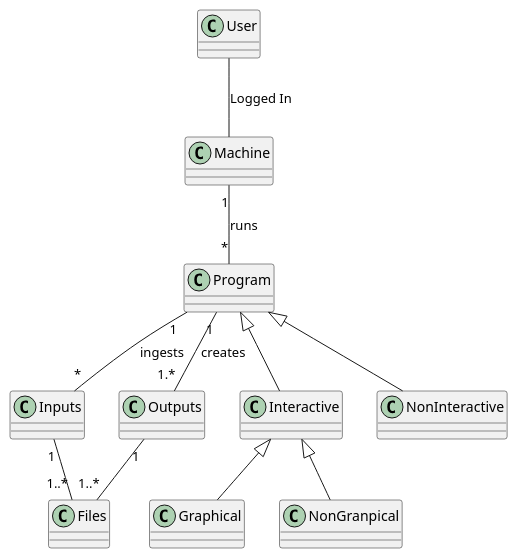
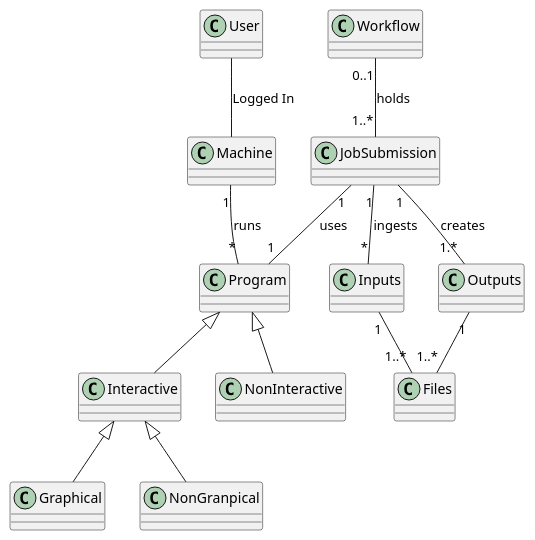
One commit to dimpdash/filepipe changed the diagram in diagrams/domaim model.puml. Above: the diagram before and after it, drawn with PlantUML. The commit also changed 21 other files, not shown here.

```diff
--- a/diagrams/domaim model.puml
+++ b/diagrams/domaim model.puml
@@ -1,30 +1,35 @@
 @startuml
 
 class Inputs
 class Outputs
 class Files
 class Program
 class Interactive
 class Graphical
 class NonGranpical
 class NonInteractive
 class Machine
 class User 
+class JobSubmission
 
 User -- Machine : Logged In
 
 Machine "1" -- "*" Program : runs
 
-Program "1" -- "1.*" Outputs : creates 
-Program "1" -- "*" Inputs : ingests
+
+Workflow "0..1" -- "1..*" JobSubmission : holds
+
+JobSubmission "1" -- "1" Program : uses
+JobSubmission "1" -- "1.*" Outputs : creates 
+JobSubmission "1" -- "*" Inputs : ingests
 
 Program <|-- Interactive
 Program <|-- NonInteractive
 
 Interactive <|-- Graphical
 Interactive <|-- NonGranpical
 
 Inputs "1" -- "1..*" Files
 Outputs "1" --  "1..*" Files
 
 @enduml
```
